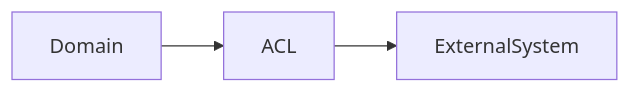
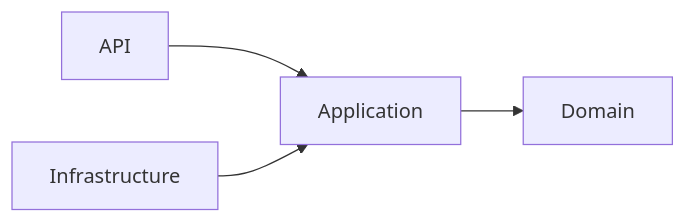
Before and after one commit to hakodev2k/Daily-OpenAI: the first of 2 diagrams in Daily Knowledge Sharing/2026-08-17-2331.md, drawn with Mermaid. The commit also changed other lines of this file, not shown here.

````diff
--- a/Daily Knowledge Sharing/2026-08-17-2331.md
+++ b/Daily Knowledge Sharing/2026-08-17-2331.md
@@ -30,4 +22,6 @@
 ```mermaid
 flowchart LR
-Domain --> ACL --> ExternalSystem
+API-->Application
+Application-->Domain
+Infrastructure-->Application
 ```
````
